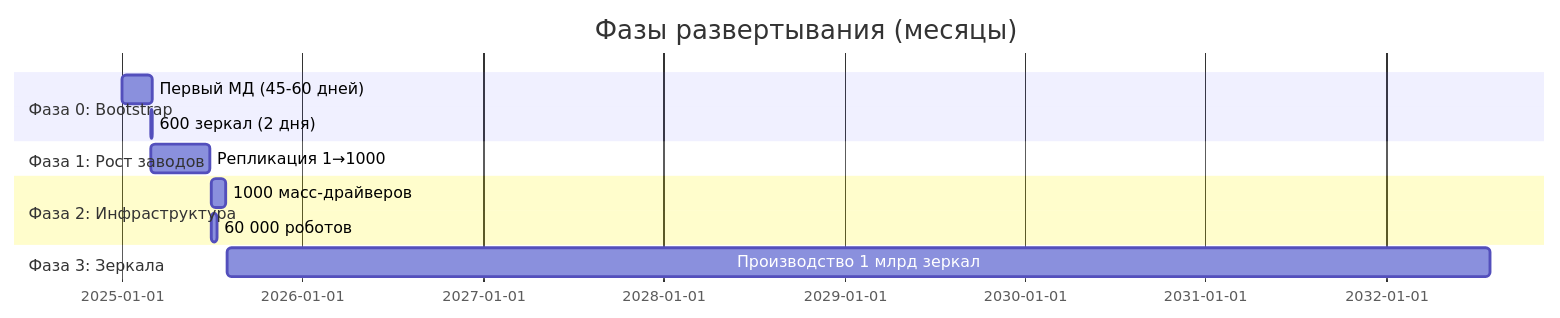
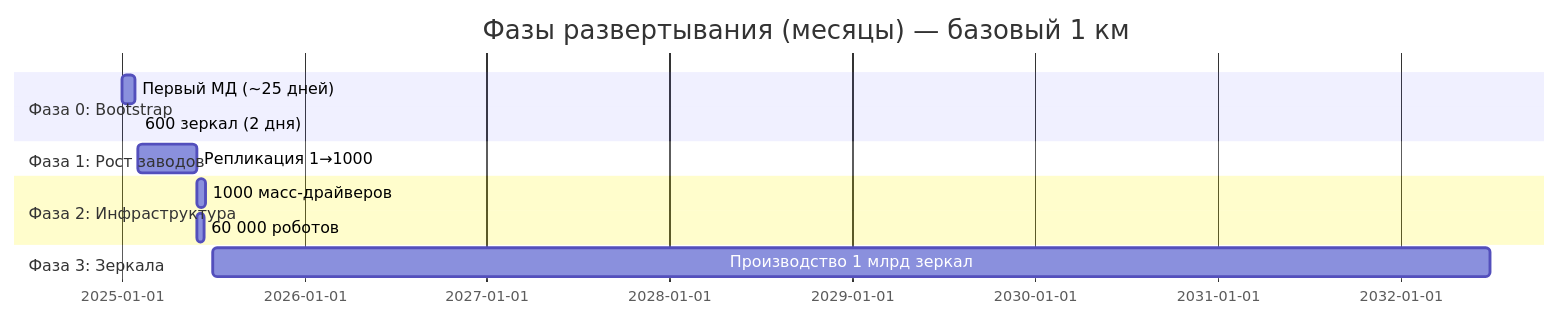
The diagram in ru/science/detailed/production/factories/assembly/replication.qmd (DmitryNasikanov/infinite-energy), drawn with Mermaid before and after one commit. The commit also changed other lines of this file and 134 other files, not shown here.

````diff
--- a/ru/science/detailed/production/factories/assembly/replication.qmd
+++ b/ru/science/detailed/production/factories/assembly/replication.qmd
@@ -170,15 +175,15 @@
 ```{mermaid}
 gantt
-    title Фазы развертывания (месяцы)
+    title Фазы развертывания (месяцы) — базовый 1 км
     dateFormat  YYYY-MM
     section Фаза 0: Bootstrap
-    Первый МД (45-60 дней)        :2025-01, 60d
-    600 зеркал (2 дня)            :2025-03, 2d
+    Первый МД (~25 дней)          :2025-01, 25d
+    600 зеркал (2 дня)            :2025-02, 2d
     section Фаза 1: Рост заводов
-    Репликация 1→1000             :2025-03, 120d
+    Репликация 1→1000             :2025-02, 120d
     section Фаза 2: Инфраструктура
-    1000 масс-драйверов           :2025-07, 30d
-    60 000 роботов                :2025-07, 12d
+    1000 масс-драйверов           :2025-06, 15d
+    60 000 роботов                :2025-06, 12d
     section Фаза 3: Зеркала
-    Производство 1 млрд зеркал    :2025-08, 2555d
+    Производство 1 млрд зеркал    :2025-07, 2555d
 ```
````
